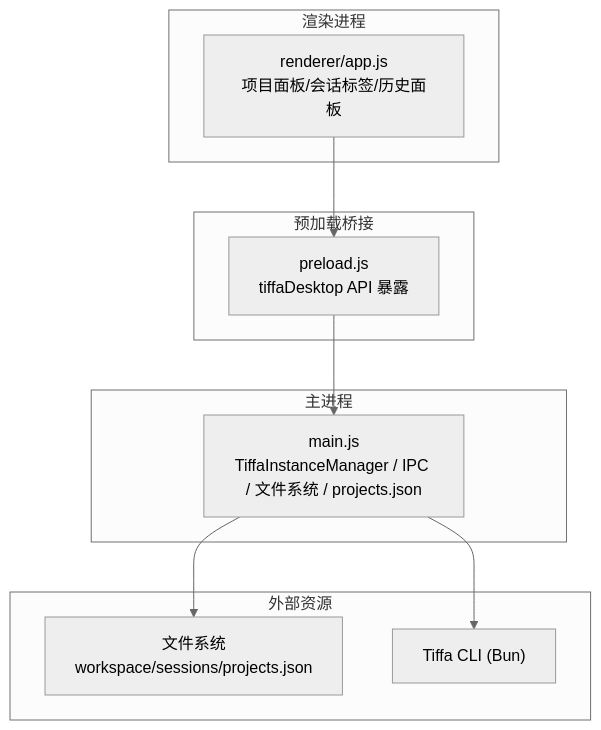
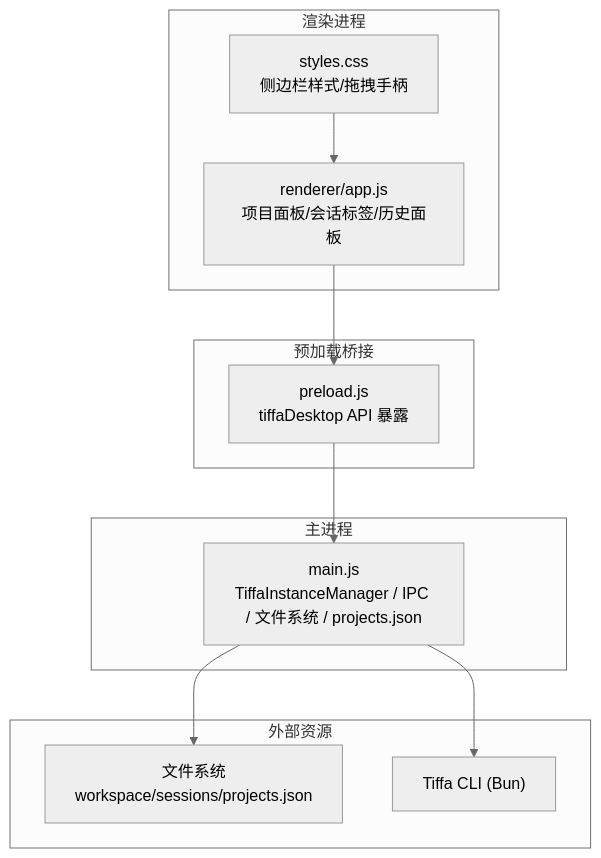
The first of 9 diagrams in .qoder/repowiki/zh/content/用户界面/界面组件/项目侧栏.md (swond-Mao/Tiffa), drawn with Mermaid (neutral theme) before and after one commit. The commit also changed other lines of this file and 25 other files, not shown here.

````diff
--- a/.qoder/repowiki/zh/content/用户界面/界面组件/项目侧栏.md
+++ b/.qoder/repowiki/zh/content/用户界面/界面组件/项目侧栏.md
@@ -48,20 +53,22 @@
 ```mermaid
 graph TB
 subgraph "渲染进程"
 R_APP["renderer/app.js<br/>项目面板/会话标签/历史面板"]
+R_CSS["styles.css<br/>侧边栏样式/拖拽手柄"]
 end
 subgraph "预加载桥接"
 P_PRELOAD["preload.js<br/>tiffaDesktop API 暴露"]
 end
 subgraph "主进程"
 M_MAIN["main.js<br/>TiffaInstanceManager / IPC / 文件系统 / projects.json"]
 end
 subgraph "外部资源"
 FS["文件系统<br/>workspace/sessions/projects.json"]
 CLI["Tiffa CLI (Bun)"]
 end
 R_APP --> P_PRELOAD
+R_CSS --> R_APP
 P_PRELOAD --> M_MAIN
 M_MAIN --> FS
 M_MAIN --> CLI
 ```
````
